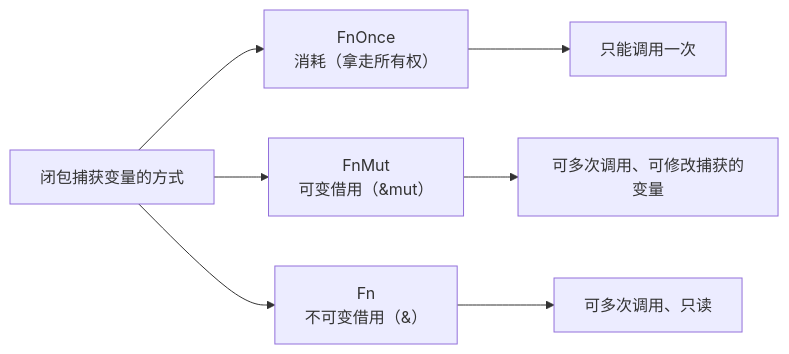
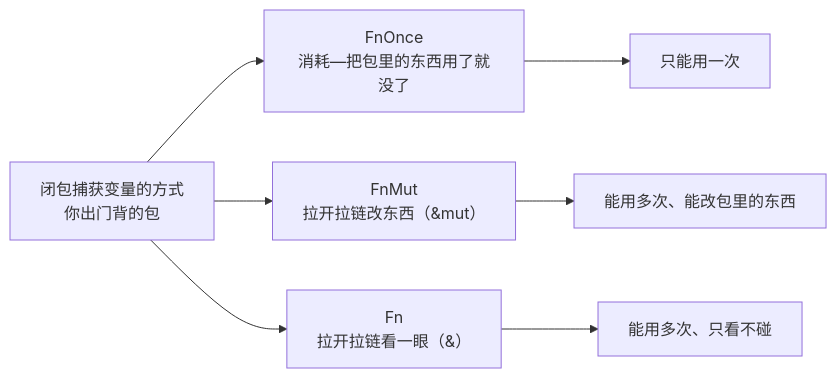
One commit to qknow-0/blog changed the first of 2 diagrams in languages/rust/closures.md. Above: the diagram before and after it, drawn with Mermaid. The commit also changed other lines of this file and 10 other files, not shown here.

Commit message:
docs: Rust 全系列比喻重写——搬家/停车票/背包/快递/应聘/集装箱/图书馆/公寓楼/食品质检/酒店

````diff
--- a/languages/rust/closures.md
+++ b/languages/rust/closures.md
@@ -22,9 +24,9 @@
 ```mermaid
 flowchart LR
-    A["闭包捕获变量的方式"] --> B["FnOnce<br/>消耗（拿走所有权）"]
-    A --> C["FnMut<br/>可变借用（&mut）"]
-    A --> D["Fn<br/>不可变借用（&）"]
-    B --> E["只能调用一次"]
-    C --> F["可多次调用、可修改捕获的变量"]
-    D --> G["可多次调用、只读"]
+    A["闭包捕获变量的方式<br/>你出门背的包"] --> B["FnOnce<br/>消耗—把包里的东西用了就没了"]
+    A --> C["FnMut<br/>拉开拉链改东西（&mut）"]
+    A --> D["Fn<br/>拉开拉链看一眼（&）"]
+    B --> E["只能用一次"]
+    C --> F["能用多次、能改包里的东西"]
+    D --> G["能用多次、只看不碰"]
 ```
````
